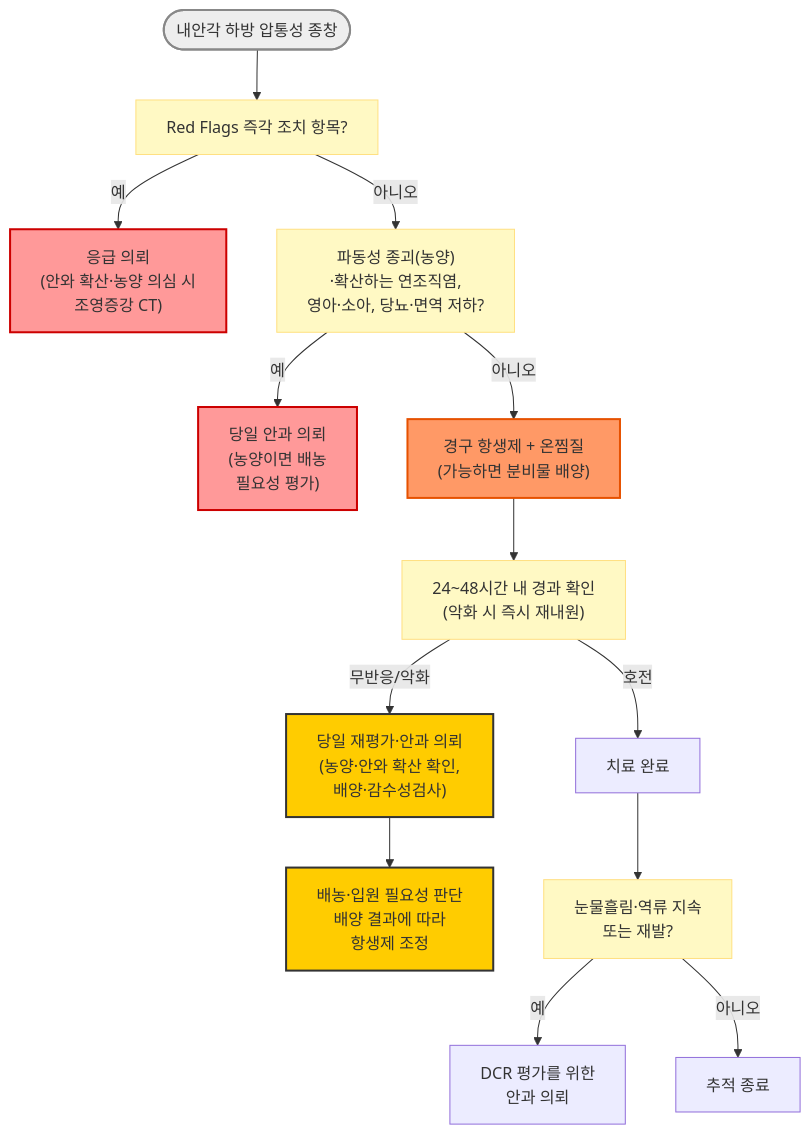
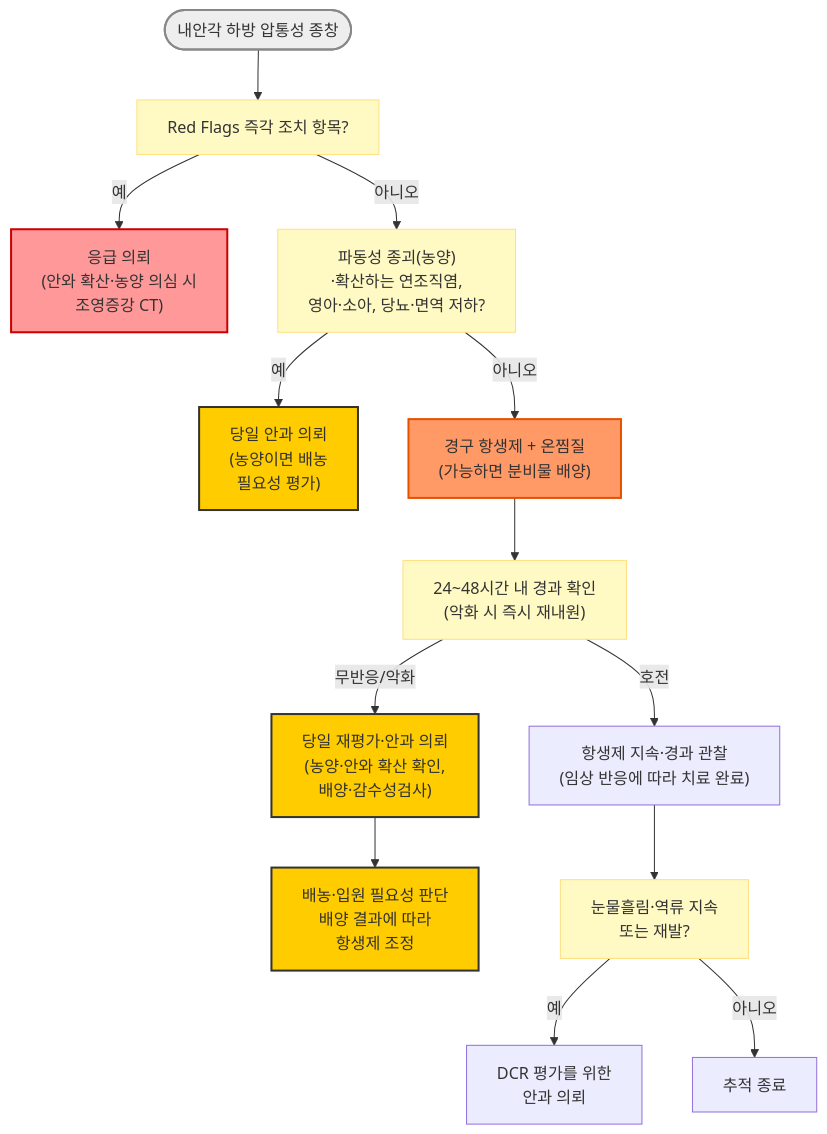
The diagram in 222_/043_-dacryocystitis.md (familyoh77/familyoh77), drawn with Mermaid before and after one commit. The commit also changed other lines of this file, not shown here.

````diff
--- a/222_/043_-dacryocystitis.md
+++ b/222_/043_-dacryocystitis.md
@@ -86,23 +86,23 @@
 ```mermaid
 graph TD
     A([내안각 하방 압통성 종창]) --> B["Red Flags 즉각 조치 항목?"]
     B -- 예 --> C["응급 의뢰<br/>(안와 확산·농양 의심 시 <br/>조영증강 CT)"]
     B -- 아니오 --> D["파동성 종괴(농양)<br/>·확산하는 연조직염,<br/>영아·소아, 당뇨·면역 저하?"]
     D -- 예 --> E["당일 안과 의뢰<br/>(농양이면 배농 <br/>필요성 평가)"]
     D -- 아니오 --> F["경구 항생제 + 온찜질<br/>(가능하면 분비물 배양)"]
     F --> G["24~48시간 내 경과 확인<br/>(악화 시 즉시 재내원)"]
-    G -- 호전 --> H["치료 완료"]
+    G -- 호전 --> H["항생제 지속·경과 관찰<br/>(임상 반응에 따라 치료 완료)"]
     G -- 무반응/악화 --> I["당일 재평가·안과 의뢰<br/>(농양·안와 확산 확인, <br/>배양·감수성검사)"]
     I --> M["배농·입원 필요성 판단<br/>배양 결과에 따라 <br/>항생제 조정"]
     H --> J["눈물흘림·역류 지속<br/>또는 재발?"]
     J -- 예 --> K["DCR 평가를 위한<br/>안과 의뢰"]
     J -- 아니오 --> L["추적 종료"]
     style A fill:#eeeeee,stroke:#888888,stroke-width:2px
     classDef yellow fill:#fff9c4,stroke:#ffe082
     class B,D,G,J yellow
     style C fill:#ff9999,stroke:#c00,stroke-width:2px
-    style E fill:#ff9999,stroke:#c00,stroke-width:2px
+    style E fill:#ffcc00,stroke:#333,stroke-width:2px
     style F fill:#f96,stroke:#e65100,stroke-width:2px
     style I fill:#ffcc00,stroke:#333,stroke-width:2px
     style M fill:#ffcc00,stroke:#333,stroke-width:2px
 ```
````
